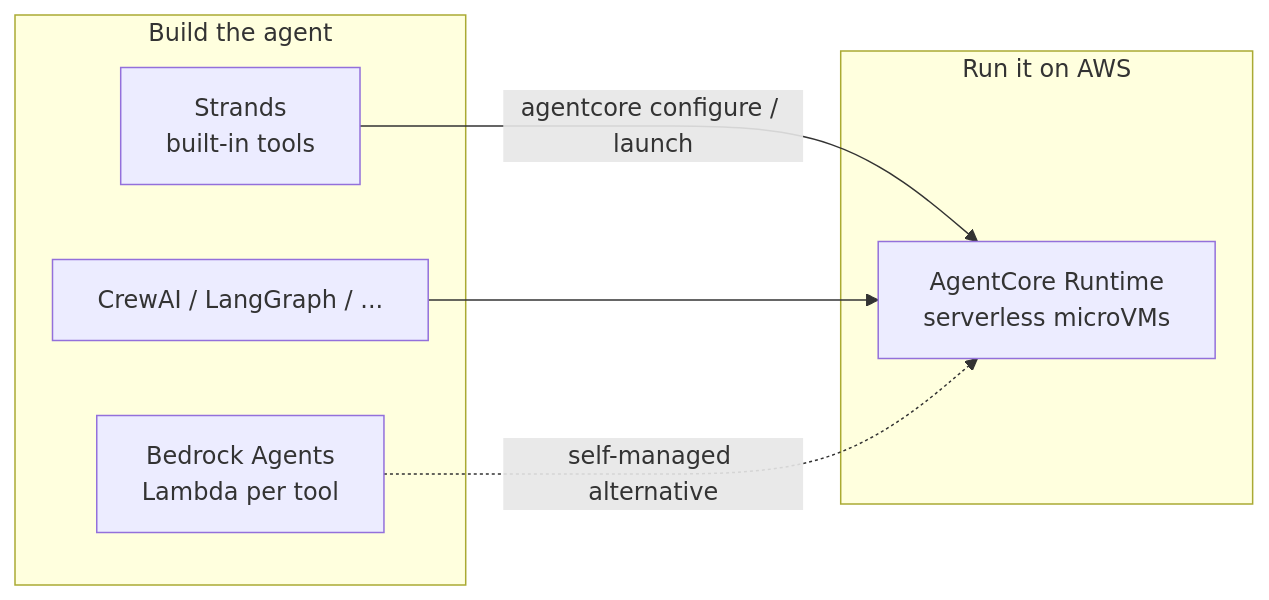
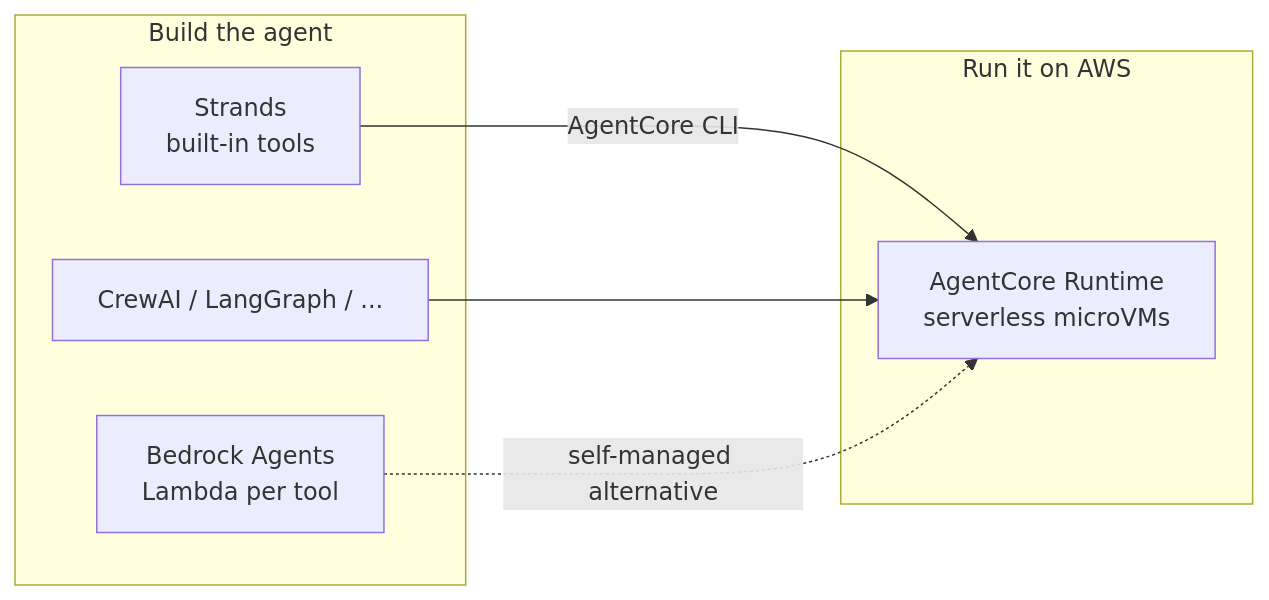
The second of 6 diagrams in README.md (KiranGunturu/strands-agents), drawn with Mermaid before and after one commit. The commit also changed other lines of this file and 19 other files, not shown here.

````diff
--- a/README.md
+++ b/README.md
@@ -101,14 +101,14 @@
 ```mermaid
 flowchart LR
     subgraph Build ["Build the agent"]
         BA["Bedrock Agents<br/>Lambda per tool"]
         S["Strands<br/>built-in tools"]
         O["CrewAI / LangGraph / ..."]
     end
     subgraph Run ["Run it on AWS"]
         AC["AgentCore Runtime<br/>serverless microVMs"]
     end
-    S -->|agentcore configure / launch| AC
+    S -->|AgentCore CLI| AC
     O --> AC
     BA -. self-managed alternative .-> AC
 ```
````
